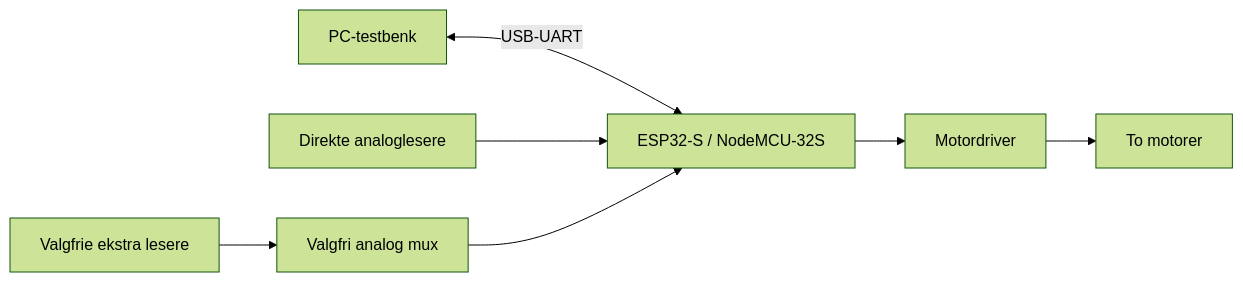
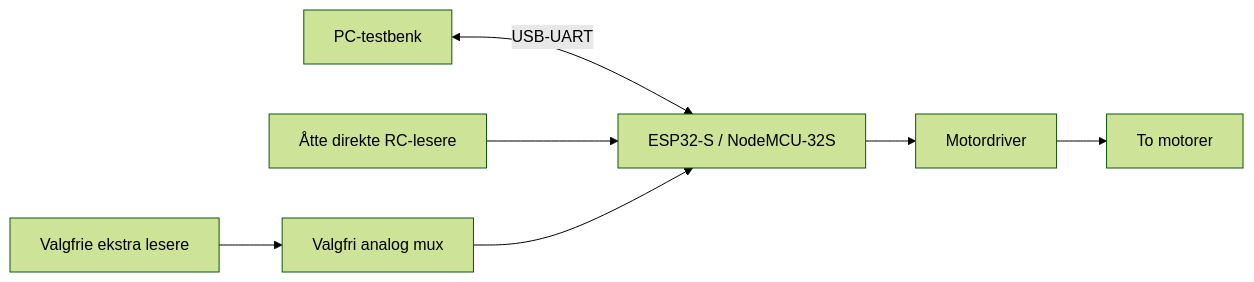
Before and after one commit to TonzN/linefollower: the diagram in docs/LINJEFOLGEREN.md, drawn with Mermaid (forest theme). The commit also changed other lines of this file, not shown here.

````diff
--- a/docs/LINJEFOLGEREN.md
+++ b/docs/LINJEFOLGEREN.md
@@ -5,9 +5,9 @@
 ```mermaid
 flowchart LR
     PC[PC-testbenk] <-->|USB-UART| MCU[ESP32-S / NodeMCU-32S]
-    Direct[Direkte analoglesere] --> MCU
+    Direct[Åtte direkte RC-lesere] --> MCU
     Optional[Valgfrie ekstra lesere] --> MUX[Valgfri analog mux]
     MUX --> MCU
     MCU --> Driver[Motordriver]
     Driver --> Motors[To motorer]
 ```
````
